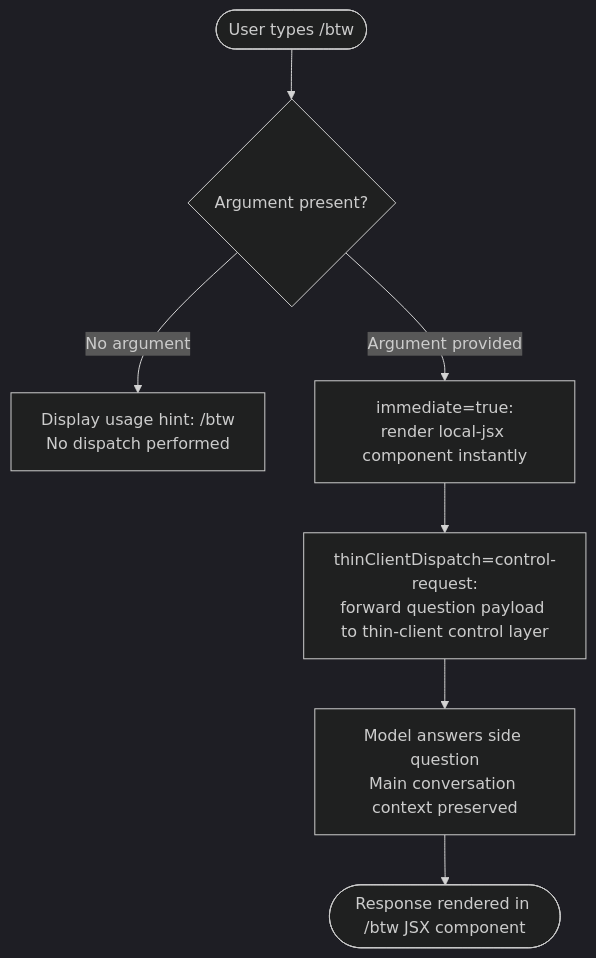
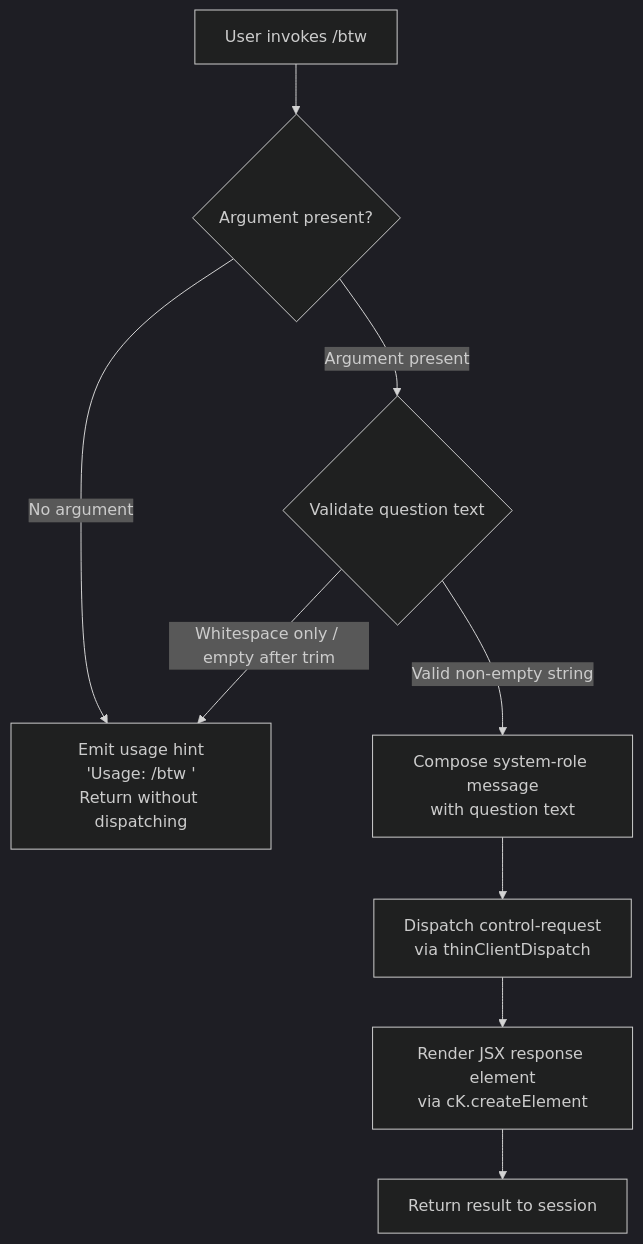
Before and after one commit to MyLittleLuckyDog/cc-gnothi: the diagram in versions/v2.1.142/btw.md, drawn with Mermaid (dark theme). The commit also changed other lines of this file and 483 other files, not shown here.

````diff
--- a/versions/v2.1.142/btw.md
+++ b/versions/v2.1.142/btw.md
@@ -49,9 +57,11 @@
 ```mermaid
 flowchart TD
-    A([User types /btw <question>]) --> B{Argument present?}
-    B -- "No argument" --> C[Display usage hint: /btw <question>\nNo dispatch performed]
-    B -- "Argument provided" --> D[immediate=true:\nrender local-jsx component instantly]
-    D --> E[thinClientDispatch=control-request:\nforward question payload to thin-client control layer]
-    E --> F[Model answers side question\nMain conversation context preserved]
-    F --> G([Response rendered in /btw JSX component])
+    A[User invokes /btw] --> B{Argument present?}
+    B -- No argument --> C[Emit usage hint\n'Usage: /btw <your question>'\nReturn without dispatching]
+    B -- Argument present --> D{Validate question text}
+    D -- Valid non-empty string --> E[Compose system-role message\nwith question text]
+    D -- Whitespace only / empty after trim --> C
+    E --> F[Dispatch control-request\nvia thinClientDispatch]
+    F --> G[Render JSX response element\nvia cK.createElement]
+    G --> H[Return result to session]
 ```
````
